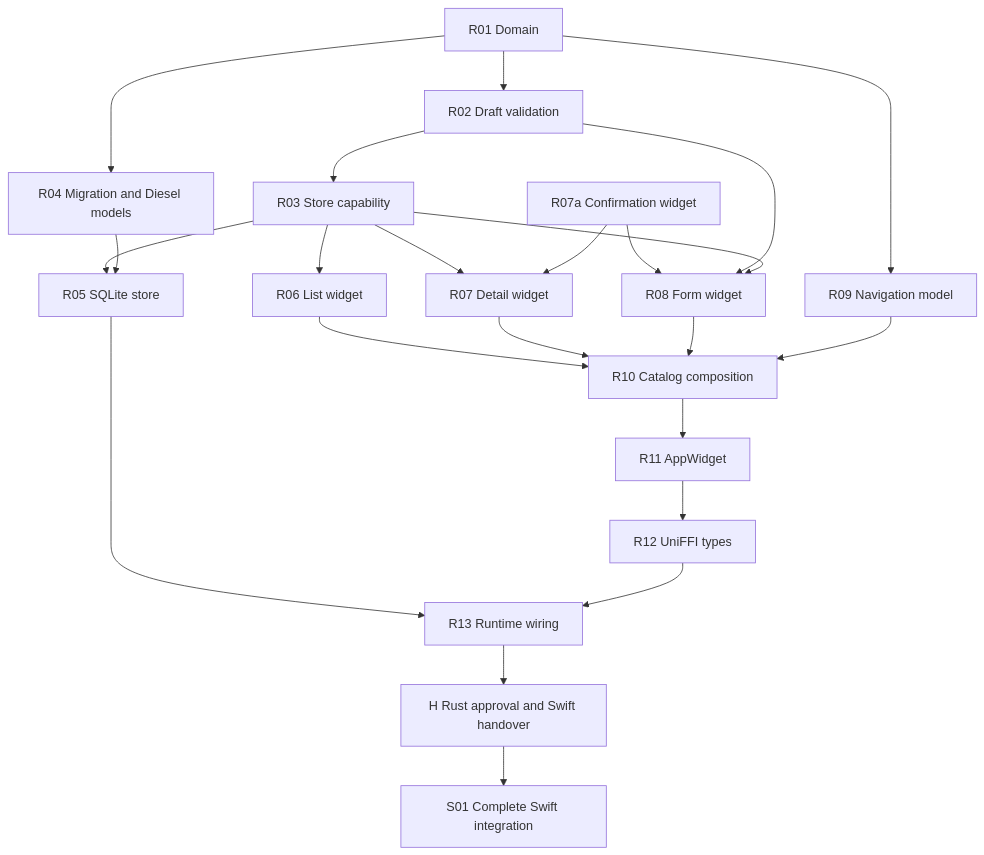
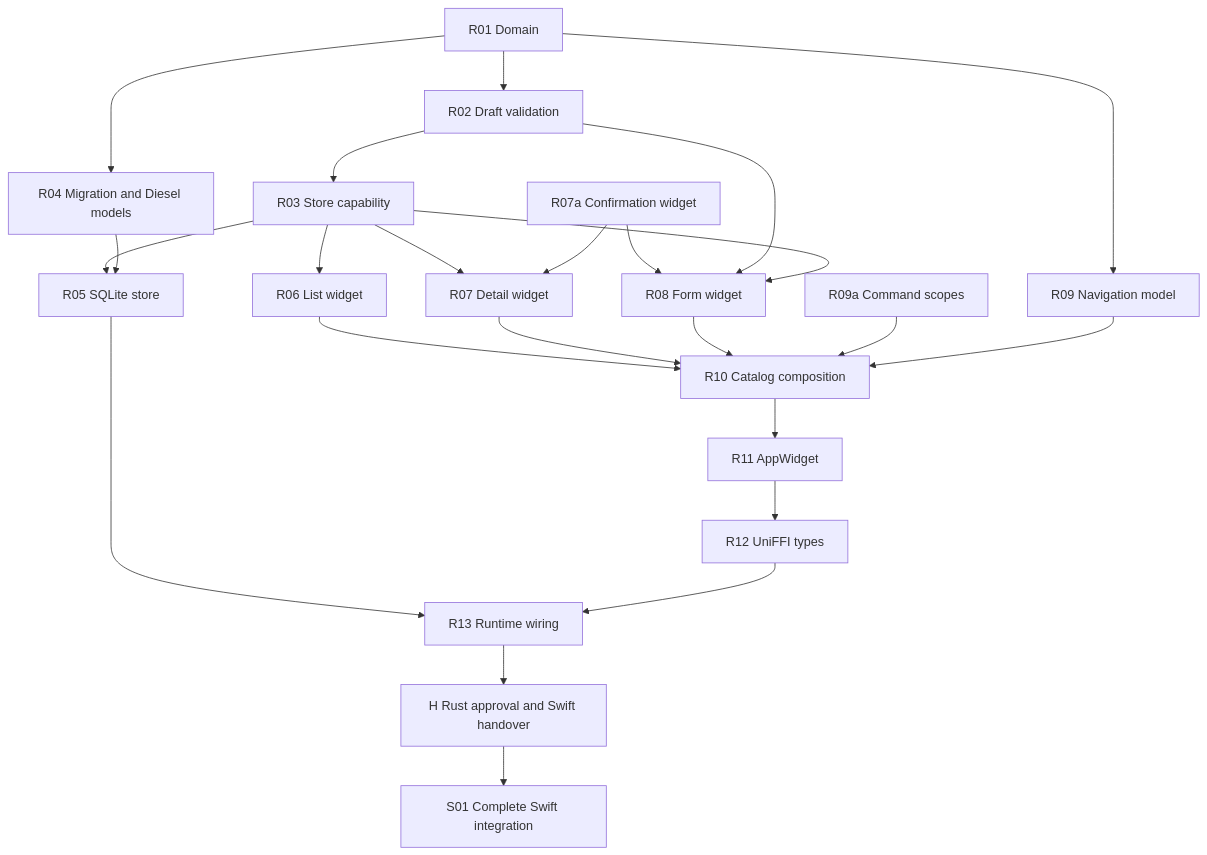
The diagram in docs/epics/ingredient-catalog.md (frondeus/kreatyna), drawn with Mermaid before and after one commit. The commit also changed other lines of this file and 3 other files, not shown here.

Commit message:
Add command scopes for child lifetimes

````diff
--- a/docs/epics/ingredient-catalog.md
+++ b/docs/epics/ingredient-catalog.md
@@ -197,25 +198,26 @@
 ```mermaid
 flowchart TD
     R01["R01 Domain"] --> R02["R02 Draft validation"]
     R02 --> R03["R03 Store capability"]
     R01 --> R04["R04 Migration and Diesel models"]
     R03 --> R05["R05 SQLite store"]
     R04 --> R05
     R03 --> R06["R06 List widget"]
     R03 --> R07["R07 Detail widget"]
     R07a["R07a Confirmation widget"] --> R07
     R07a --> R08
     R02 --> R08["R08 Form widget"]
     R03 --> R08
     R01 --> R09["R09 Navigation model"]
     R06 --> R10["R10 Catalog composition"]
     R07 --> R10
     R08 --> R10
+    R09a["R09a Command scopes"] --> R10
     R09 --> R10
     R10 --> R11["R11 AppWidget"]
     R11 --> R12["R12 UniFFI types"]
     R05 --> R13["R13 Runtime wiring"]
     R12 --> R13
     R13 --> H["H Rust approval and Swift handover"]
     H --> S01["S01 Complete Swift integration"]
 ```
````
